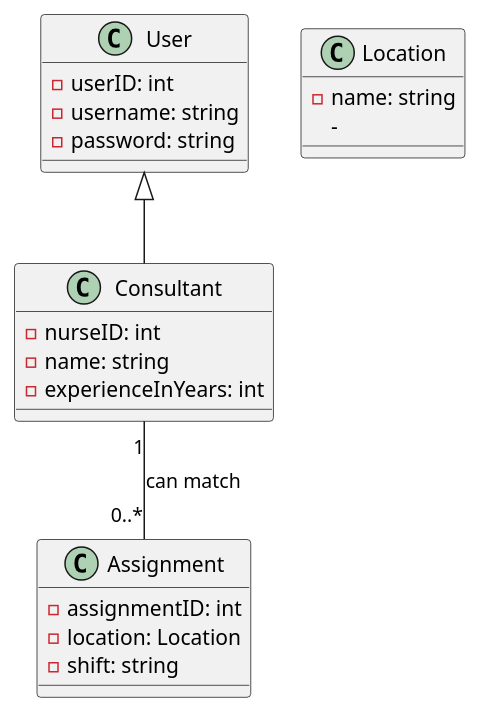
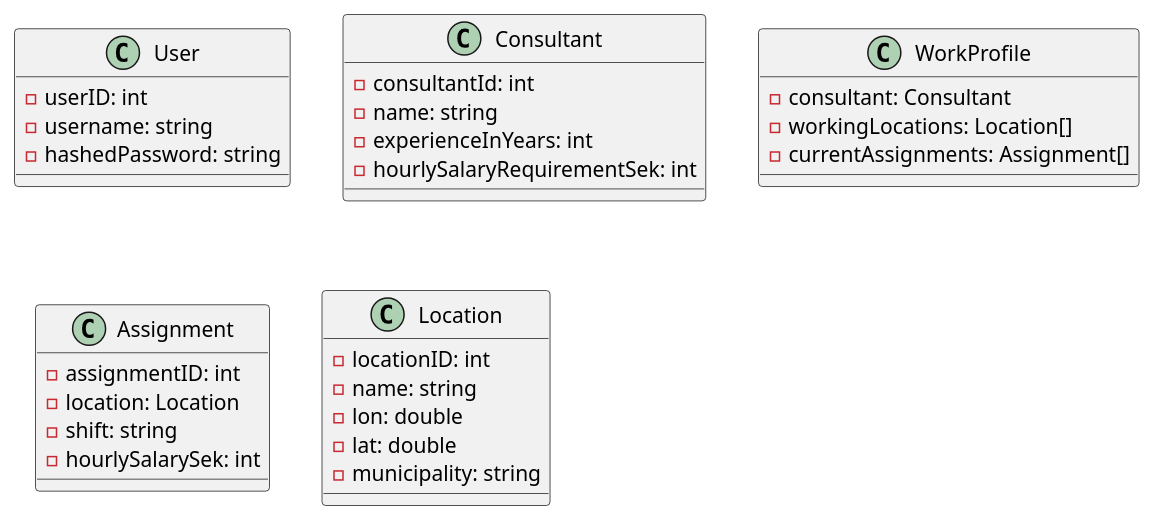
The diagram in design.puml (NurseMatch/backend), drawn with PlantUML before and after one commit.

Commit message:
Update design.puml with new classes and attributes
The design.puml file has been updated to improve the model for our system. Added the class 'WorkProfile' and included attributes for salary details in the 'Consultant' and 'Assignment' classes. Also updated the 'User' class to store hashed passwords and the 'Location' class to include geographical details.

```diff
--- a/design.puml
+++ b/design.puml
@@ -1,29 +1,35 @@
 @startuml
-
 class User {
   - userID: int
   - username: string
-  - password: string
+  - hashedPassword: string
 }
 
 class Consultant {
-  - nurseID: int
+  - consultantId: int
   - name: string
   - experienceInYears: int
+  - hourlySalaryRequirementSek: int
+}
+
+class WorkProfile {
+  - consultant: Consultant
+  - workingLocations: Location[]
+  - currentAssignments: Assignment[]
 }
 
 class Assignment {
   - assignmentID: int
   - location: Location
   - shift: string
+  - hourlySalarySek: int
 }
 
 class Location {
+  - locationID: int
   - name: string
-  -
+  - lon: double
+  - lat: double
+  - municipality: string
 }
-
-User <|-- Consultant
-Consultant "1" -- "0..*" Assignment : can match
-
 @enduml
```
